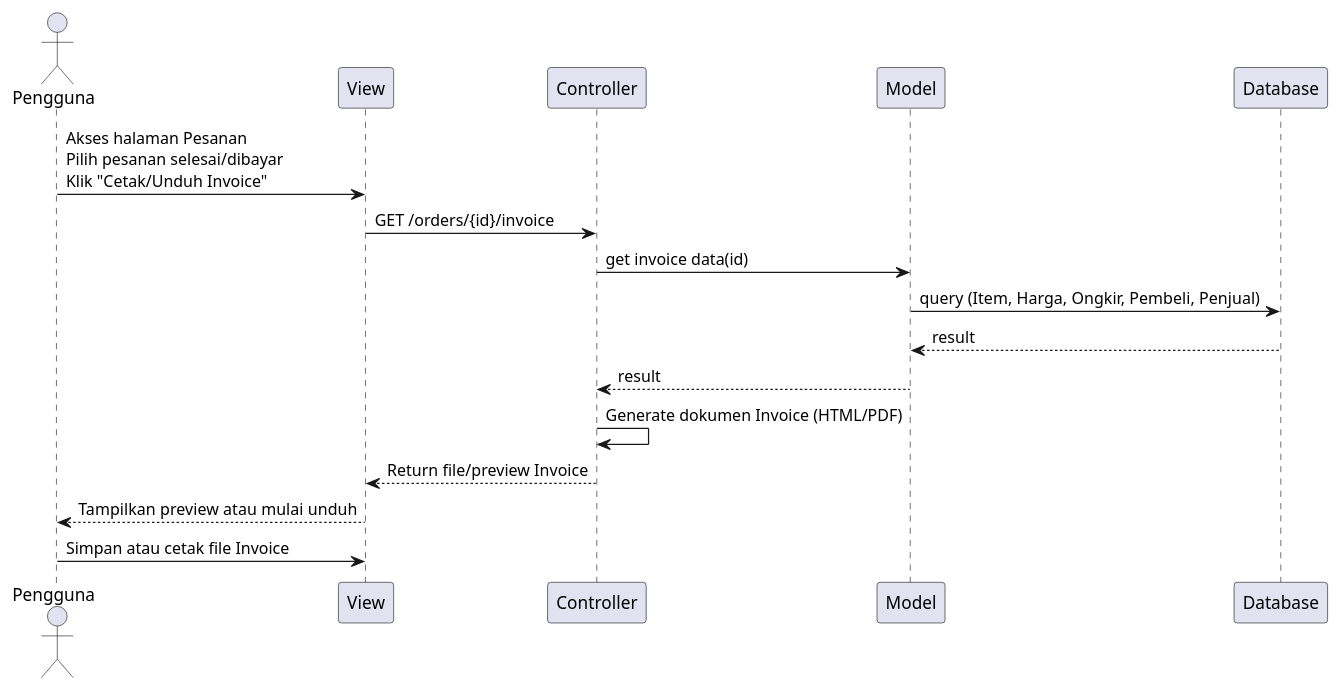
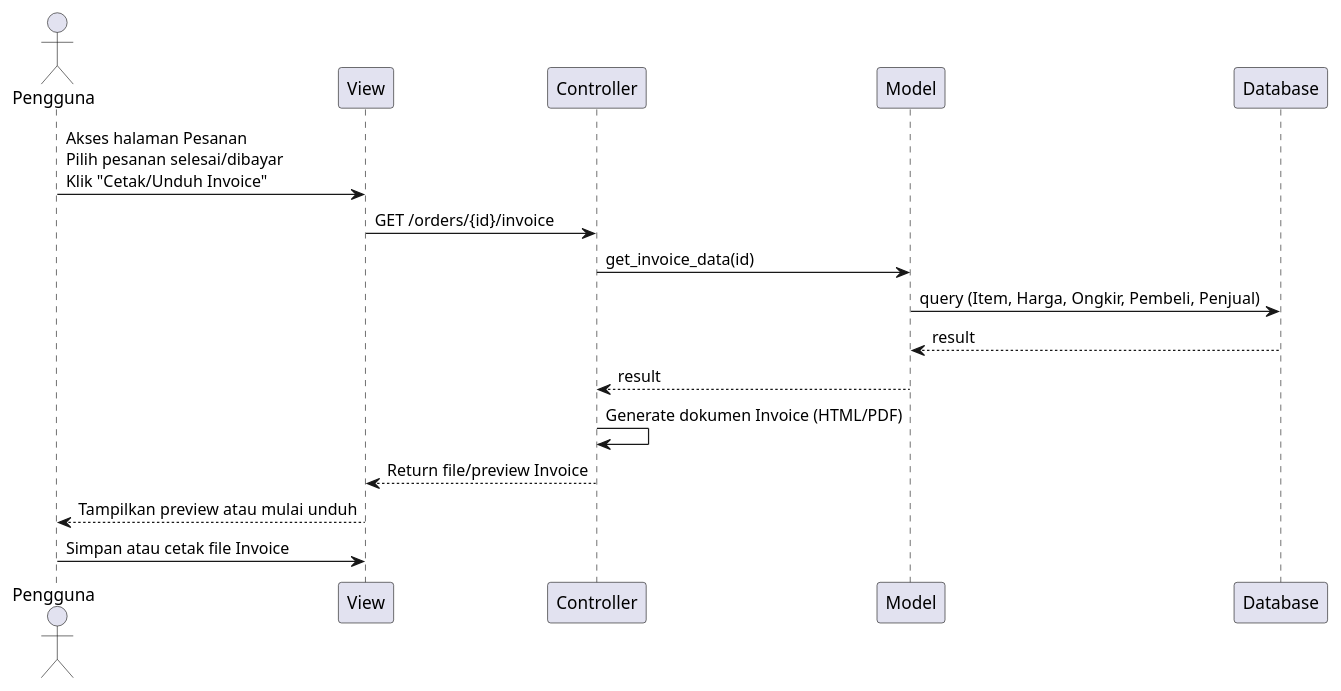
The diagram in docs/uml/sequence-invoice.puml (GitSyah111/toko-umkm-app), drawn with PlantUML before and after one commit. The commit also changed 35 other files, not shown here.

First line of the commit message:
feat: add database schema, seeders, and wishlist entity

```diff
--- a/docs/uml/sequence-invoice.puml
+++ b/docs/uml/sequence-invoice.puml
@@ -1,21 +1,21 @@
 @startuml
 actor Pengguna
 participant View
 participant Controller
 participant Model
 participant Database
 
 Pengguna -> View : Akses halaman Pesanan\nPilih pesanan selesai/dibayar\nKlik "Cetak/Unduh Invoice"
 View -> Controller : GET /orders/{id}/invoice
 
-Controller -> Model : get invoice data(id)
+Controller -> Model : get_invoice_data(id)
 Model -> Database : query (Item, Harga, Ongkir, Pembeli, Penjual)
 Database --> Model : result
 Model --> Controller : result
 
 Controller -> Controller : Generate dokumen Invoice (HTML/PDF)
 Controller --> View : Return file/preview Invoice
 View --> Pengguna : Tampilkan preview atau mulai unduh
 
 Pengguna -> View : Simpan atau cetak file Invoice
 @enduml
```
